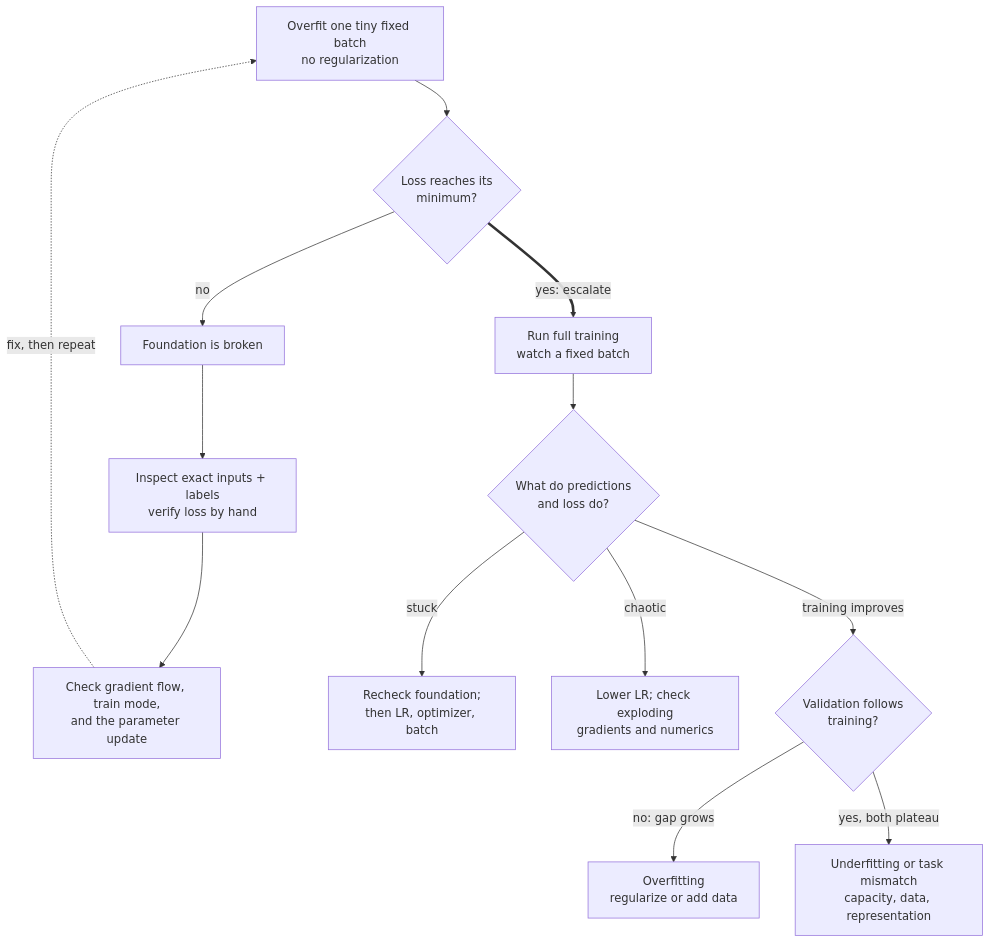
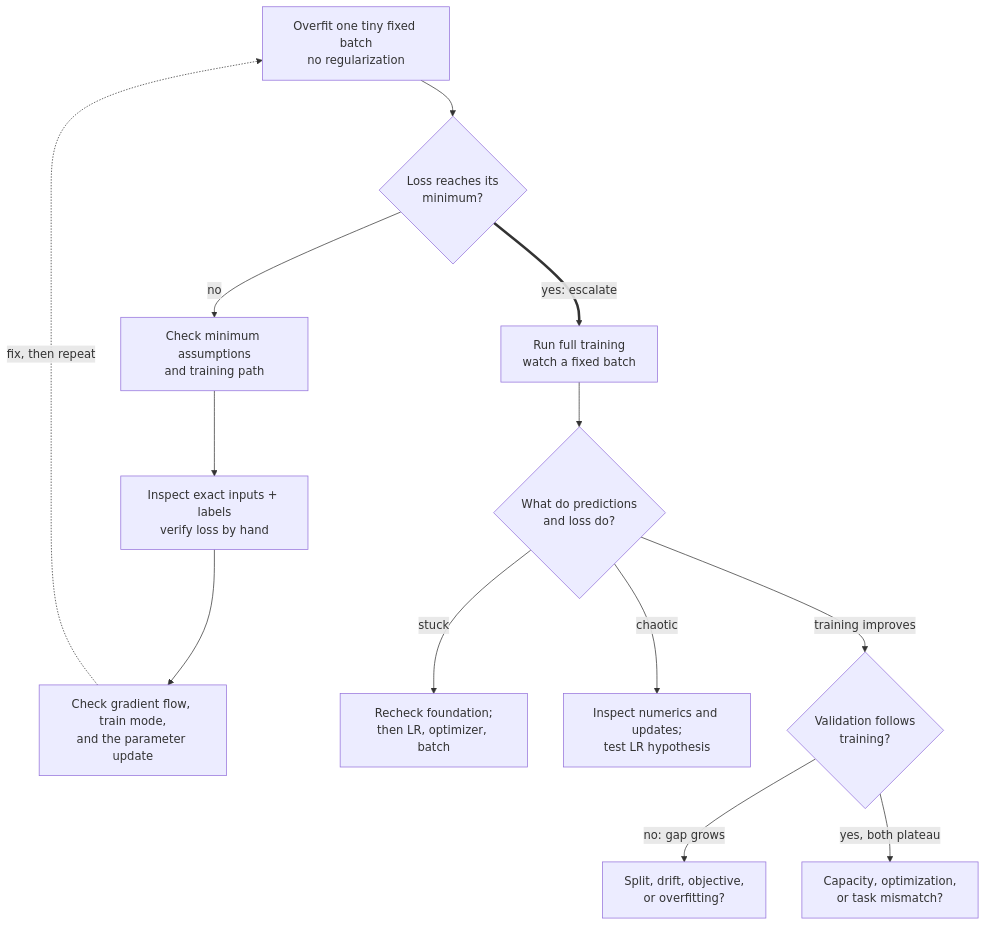
The diagram in src/content/posts/2025-05-14-debug-model-not-learning.md (mlmentorship/mlmentorship.github.io), drawn with Mermaid before and after one commit. The commit also changed other lines of this file and 302 other files, not shown here.

````diff
--- a/src/content/posts/2025-05-14-debug-model-not-learning.md
+++ b/src/content/posts/2025-05-14-debug-model-not-learning.md
@@ -38,22 +48,22 @@
 ```mermaid
 flowchart TB
 	accTitle: A fastest-checks-first path for debugging a model that is not learning
-	accDescr: First try to overfit one tiny fixed batch without regularization. Failure means the training foundation is broken, so inspect exact inputs and labels, verify the loss by hand, and check gradient flow, train mode, and the parameter update. Success earns escalation to full training, where stuck, chaotic, improving training, and diverging validation behavior lead to different diagnoses.
+	accDescr: Establish an attainable fixed-batch loss, then inspect inputs, labels, loss, gradients, mode, and parameter updates. Full-training symptoms suggest hypotheses to test rather than uniquely identifying their causes.
 	A["Overfit one tiny fixed batch<br/>no regularization"] --> B{"Loss reaches its<br/>minimum?"}
-	B -->|"no"| C["Foundation is broken"]
+	B -->|"no"| C["Check minimum assumptions<br/>and training path"]
 	C --> D["Inspect exact inputs + labels<br/>verify loss by hand"]
 	D --> E["Check gradient flow, train mode,<br/>and the parameter update"]
 	E -. "fix, then repeat" .-> A
 	B ==>|"yes: escalate"| F["Run full training<br/>watch a fixed batch"]
 	F --> G{"What do predictions<br/>and loss do?"}
 	G -->|"stuck"| H["Recheck foundation;<br/>then LR, optimizer, batch"]
-	G -->|"chaotic"| I["Lower LR; check exploding<br/>gradients and numerics"]
+	G -->|"chaotic"| I["Inspect numerics and updates;<br/>test LR hypothesis"]
 	G -->|"training improves"| J{"Validation follows<br/>training?"}
-	J -->|"no: gap grows"| K["Overfitting<br/>regularize or add data"]
-	J -->|"yes, both plateau"| L["Underfitting or task mismatch<br/>capacity, data, representation"]
+	J -->|"no: gap grows"| K["Split, drift, objective,<br/>or overfitting?"]
+	J -->|"yes, both plateau"| L["Capacity, optimization,<br/>or task mismatch?"]
 	class A,F viz-input
 	class B,G,J viz-focus
 	class C,D,E,H,I viz-warning
 	class K,L viz-output
 	class A viz-wide
 ```
````
